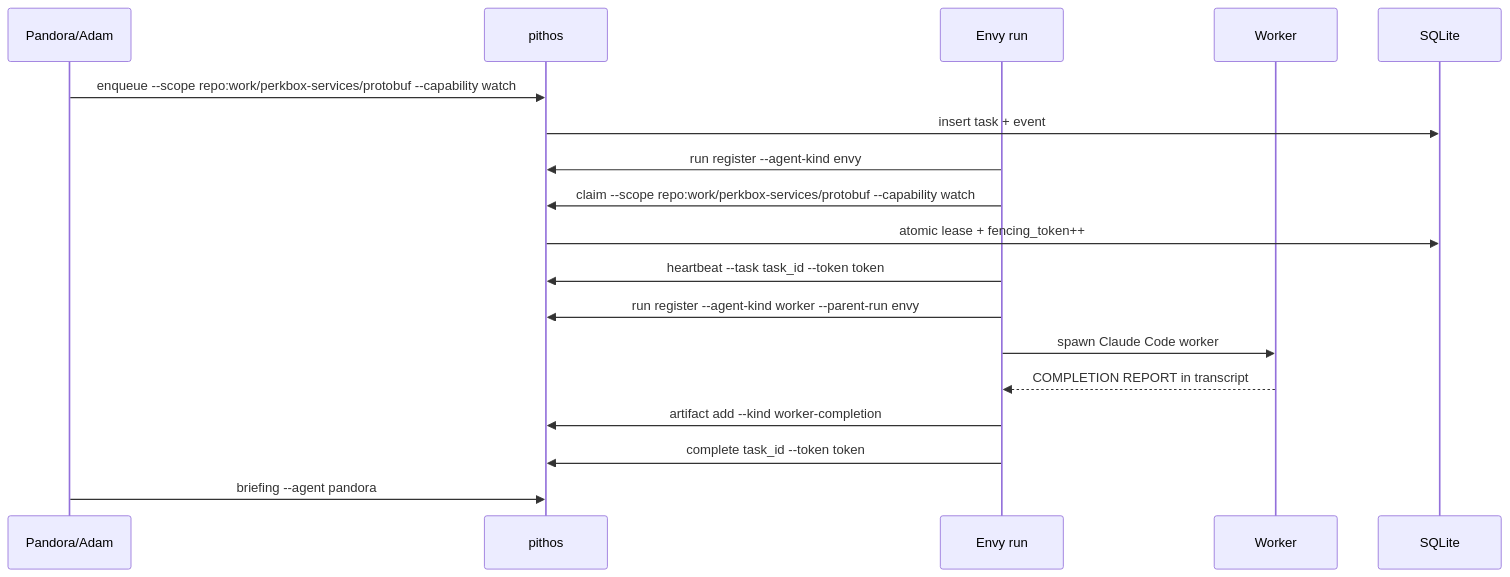
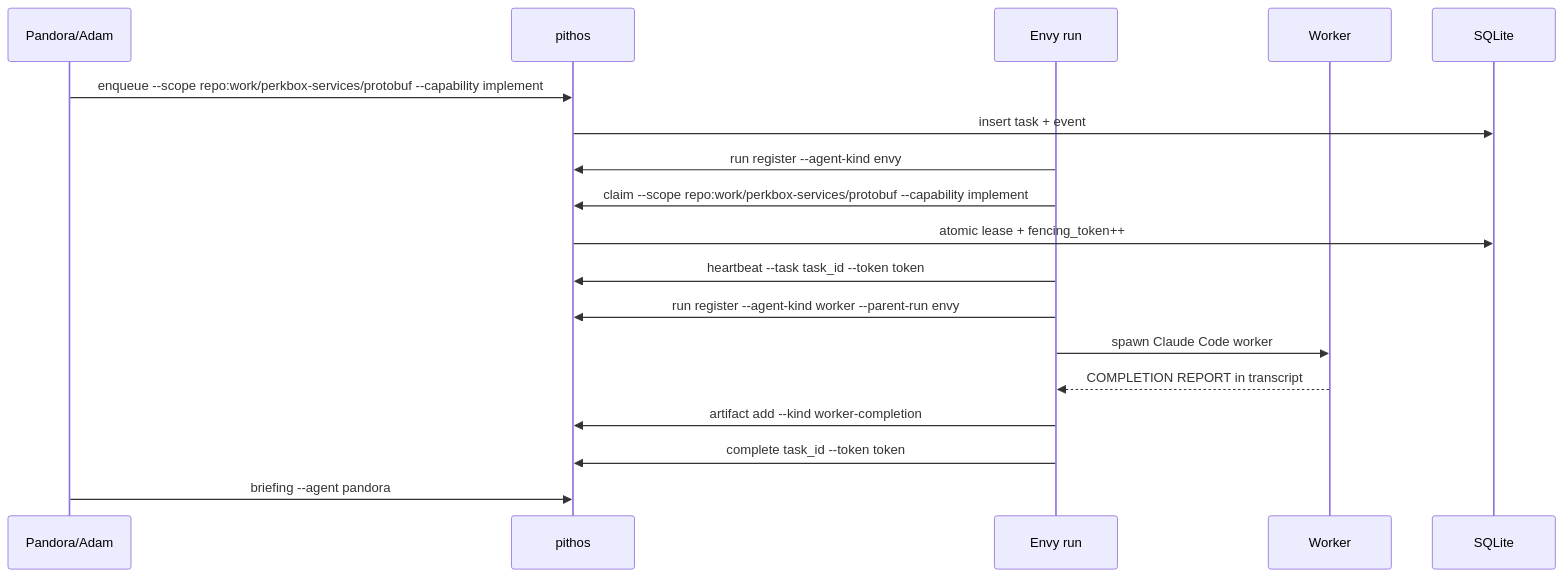
One commit to codethread/pithos changed the second of 2 diagrams in technical-design.md. Above: the diagram before and after it, drawn with Mermaid. The commit also changed other lines of this file and 9 other files, not shown here.

First line of the commit message:
feat(spawner): rename Envy queue capability watch → implement (AH-2)

````diff
--- a/technical-design.md
+++ b/technical-design.md
@@ -193,21 +196,21 @@
 ```mermaid
 sequenceDiagram
     participant P as Pandora/Adam
     participant PB as pithos
     participant E as Envy run
     participant W as Worker
     participant DB as SQLite
 
-    P->>PB: enqueue --scope repo:work/perkbox-services/protobuf --capability watch
+    P->>PB: enqueue --scope repo:work/perkbox-services/protobuf --capability implement
     PB->>DB: insert task + event
     E->>PB: run register --agent-kind envy
-    E->>PB: claim --scope repo:work/perkbox-services/protobuf --capability watch
+    E->>PB: claim --scope repo:work/perkbox-services/protobuf --capability implement
     PB->>DB: atomic lease + fencing_token++
     E->>PB: heartbeat --task task_id --token token
     E->>PB: run register --agent-kind worker --parent-run envy
     E->>W: spawn Claude Code worker
     W-->>E: COMPLETION REPORT in transcript
     E->>PB: artifact add --kind worker-completion
     E->>PB: complete task_id --token token
     P->>PB: briefing --agent pandora
 ```
````
